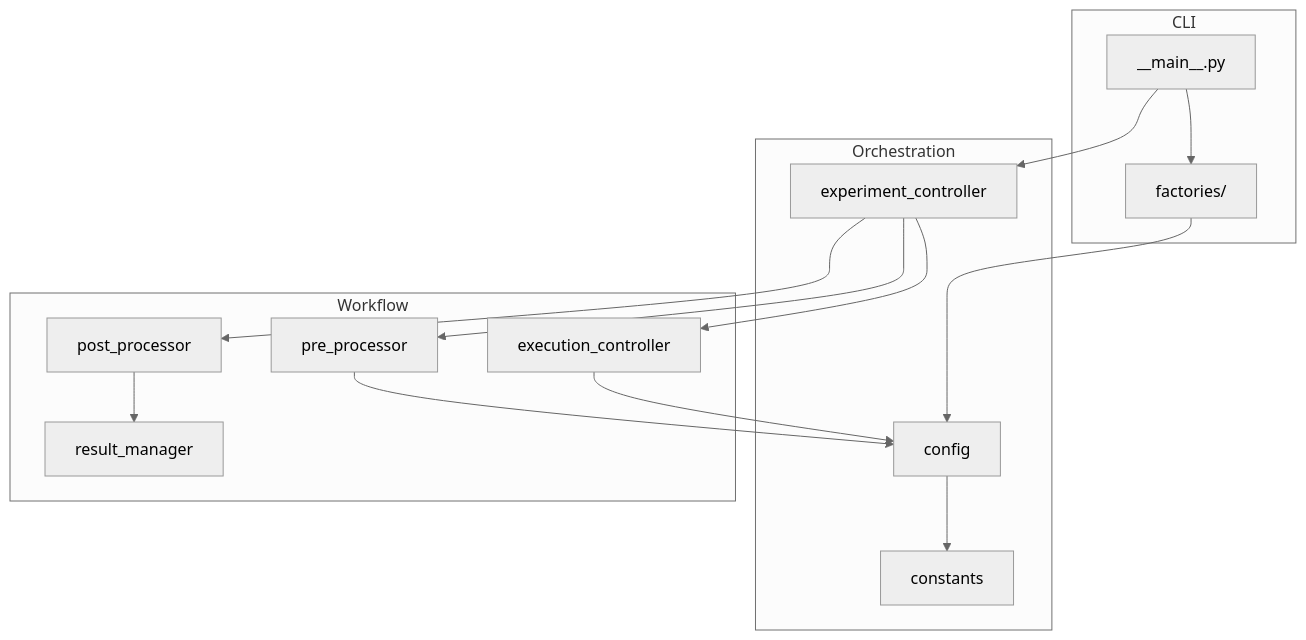
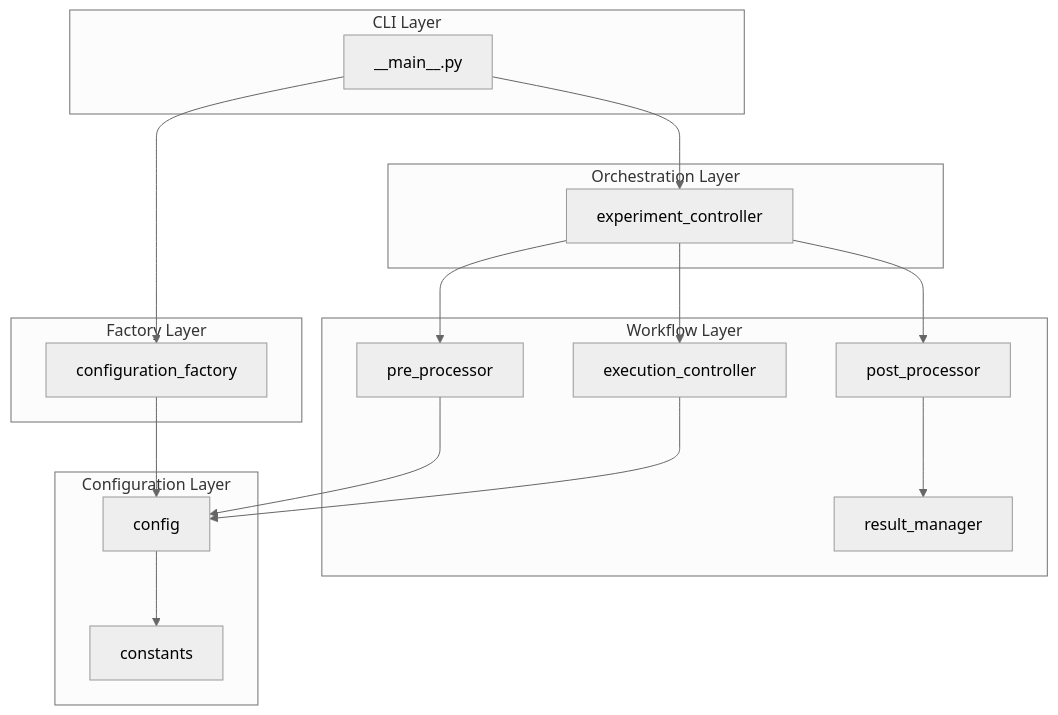
The second of 4 diagrams in rv-android/modules/rv-experiment/docs/architecture.md (PAMunb/rvsec), drawn with Mermaid before and after one commit. The commit also changed other lines of this file and 17 other files, not shown here.

First line of the commit message:
docs(tg5): architecture docs for all 13 modules + aperv spec rewrite + script updates (refs #48)

````diff
--- a/rv-android/modules/rv-experiment/docs/architecture.md
+++ b/rv-android/modules/rv-experiment/docs/architecture.md
@@ -188,34 +236,34 @@
 ```mermaid
 %%{init: {'theme': 'neutral'}}%%
 flowchart TB
-    subgraph CLILayer["CLI"]
+    subgraph CLILayer["CLI Layer"]
         MainModule["__main__.py"]
-        FactoriesModule["factories/"]
+    end
+    subgraph FactoryLayer["Factory Layer"]
+        ConfigFact["configuration_factory"]
+    end
+    subgraph OrchestrationLayer["Orchestration Layer"]
+        ExpController["experiment_controller"]
+    end
+    subgraph WorkflowLayer["Workflow Layer"]
+        PreProcess["pre_processor"]
+        ExecControl["execution_controller"]
+        PostProcess["post_processor"]
+        ResultMgr["result_manager"]
+    end
+    subgraph ConfigLayer["Configuration Layer"]
+        ConfigMod["config"]
+        ConstantsMod["constants"]
     end
 
-    subgraph OrchLayer["Orchestration"]
-        ExpController["experiment_controller"]
-        ConfigModule["config"]
-        ConstModule["constants"]
-    end
-
-    subgraph WorkflowLayer["Workflow"]
-        PreProcModule["pre_processor"]
-        ExecCtrlModule["execution_controller"]
-        PostProcModule["post_processor"]
-        ResultMgrModule["result_manager"]
-    end
-
+    MainModule --> ConfigFact
     MainModule --> ExpController
-    MainModule --> FactoriesModule
-    FactoriesModule --> ConfigModule
-
-    ExpController --> PreProcModule
-    ExpController --> ExecCtrlModule
-    ExpController --> PostProcModule
-    PostProcModule --> ResultMgrModule
-
-    PreProcModule --> ConfigModule
-    ExecCtrlModule --> ConfigModule
-    ConfigModule --> ConstModule
+    ConfigFact --> ConfigMod
+    ExpController --> PreProcess
+    ExpController --> ExecControl
+    ExpController --> PostProcess
+    PostProcess --> ResultMgr
+    PreProcess --> ConfigMod
+    ExecControl --> ConfigMod
+    ConfigMod --> ConstantsMod
 ```
````
